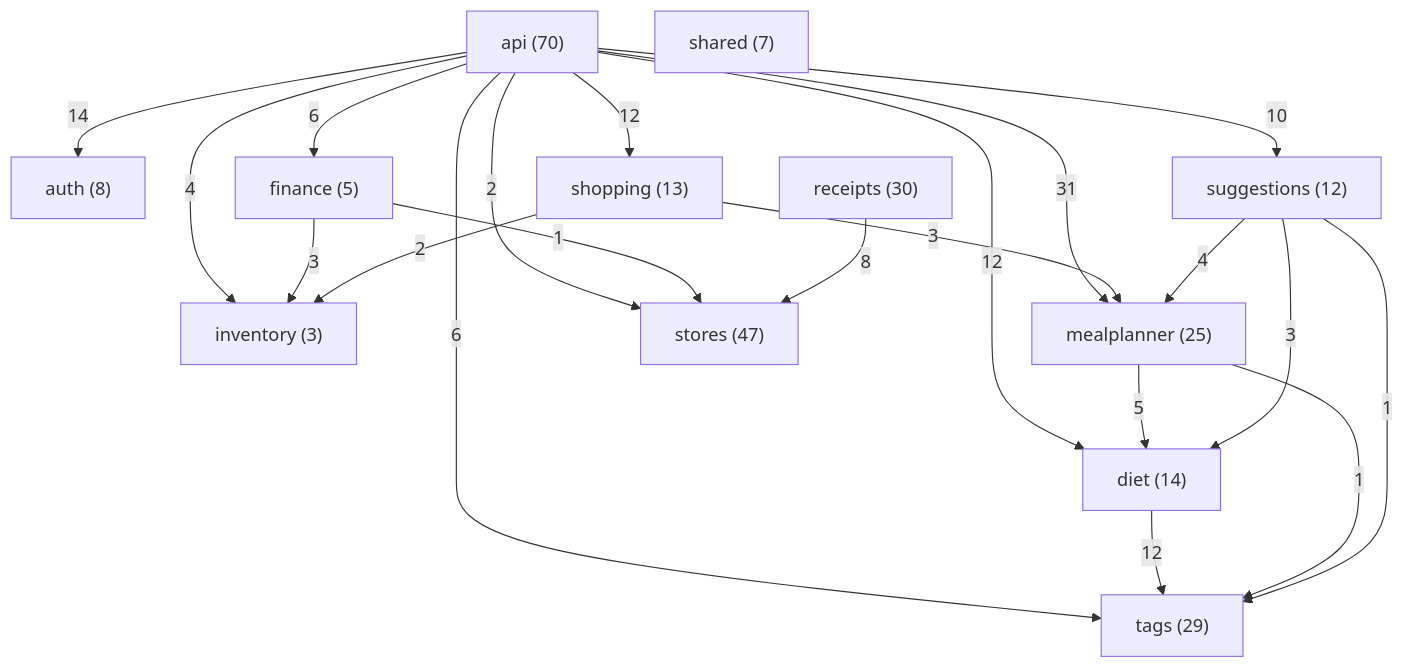
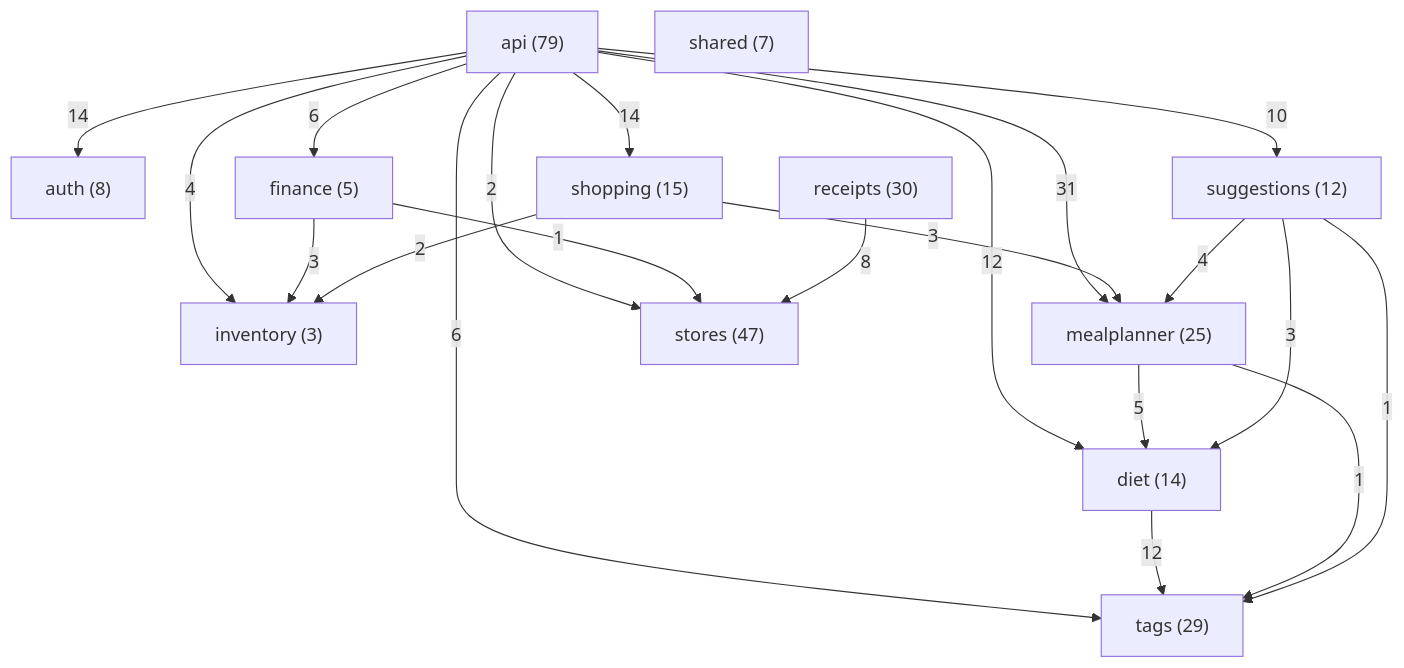
One commit to Nate-ryan-7690/dahaem changed the diagram in docs/classes/README.md. Above: the diagram before and after it, drawn with Mermaid. The commit also changed other lines of this file and 4 other files, not shown here.

````diff
--- a/docs/classes/README.md
+++ b/docs/classes/README.md
@@ -9,35 +9,35 @@
 ```mermaid
 flowchart TD
-    api["api (70)"]
+    api["api (79)"]
     auth["auth (8)"]
     diet["diet (14)"]
     finance["finance (5)"]
     inventory["inventory (3)"]
     mealplanner["mealplanner (25)"]
     receipts["receipts (30)"]
     shared["shared (7)"]
-    shopping["shopping (13)"]
+    shopping["shopping (15)"]
     stores["stores (47)"]
     suggestions["suggestions (12)"]
     tags["tags (29)"]
     api -->|14| auth
     api -->|12| diet
     api -->|6| finance
     api -->|4| inventory
     api -->|31| mealplanner
-    api -->|12| shopping
+    api -->|14| shopping
     api -->|2| stores
     api -->|10| suggestions
     api -->|6| tags
     diet -->|12| tags
     finance -->|3| inventory
     finance -->|1| stores
     mealplanner -->|5| diet
     mealplanner -->|1| tags
     receipts -->|8| stores
     shopping -->|2| inventory
     shopping -->|3| mealplanner
     suggestions -->|3| diet
     suggestions -->|4| mealplanner
     suggestions -->|1| tags
 ```
````
